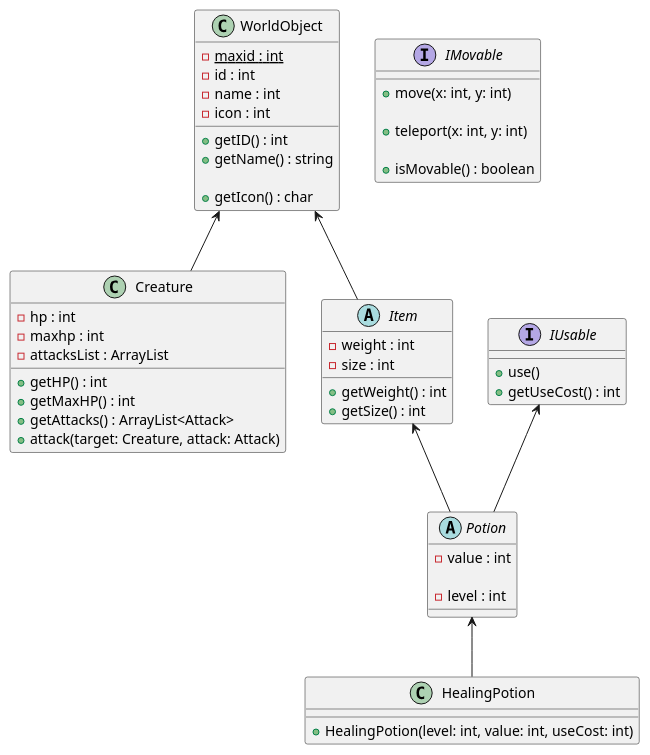
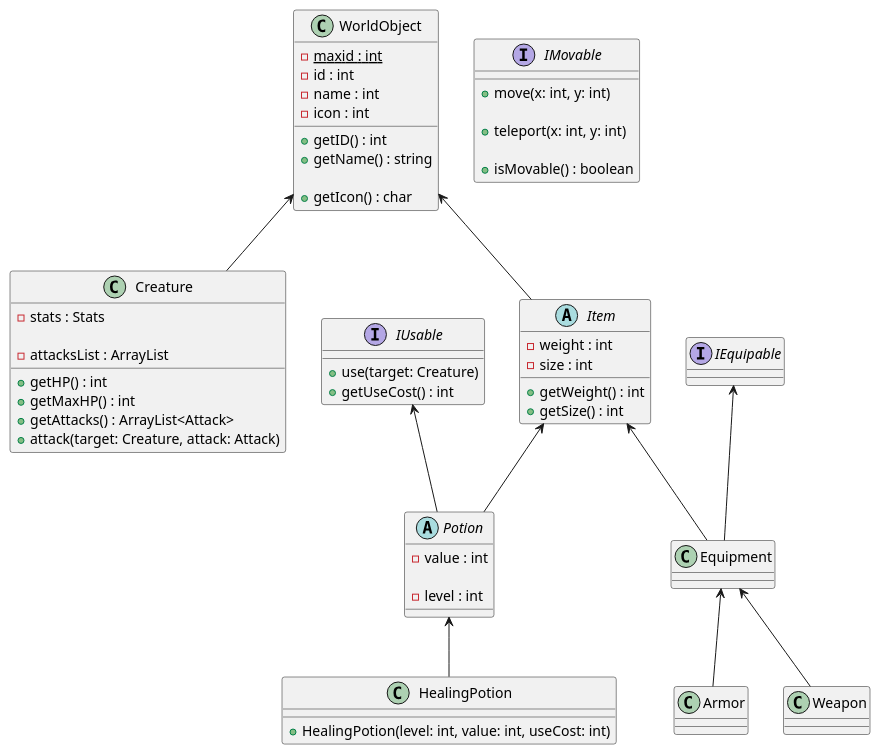
One commit to h2kb/jRPG changed the diagram in UML_WorldObjects.puml. Above: the diagram before and after it, drawn with PlantUML.

Commit message:
Описал дополнительные классы и интерфейсы Переделал параметры некоторых уже существующих

```diff
--- a/UML_WorldObjects.puml
+++ b/UML_WorldObjects.puml
@@ -1,73 +1,99 @@
 @startuml
 
 WorldObject <-- Creature
 WorldObject <-- Item
 
 Item <-- Potion
+Item <-- Equipment
+
 IUsable <-- Potion
 
 Potion <-- HealingPotion
+
+IEquipable <-- Equipment
+Equipment <-- Armor
+Equipment <-- Weapon
 
 class WorldObject {
     - {static} maxid : int
     - id : int
     - name : int
     - icon : int
 
     + getID() : int
     + getName() : string
 
     'Отображаемая иконка объекта на карте'
     + getIcon() : char
 }
 
 class Creature {
-    - hp : int
-    - maxhp : int
+    'Это удобнее, так как для доспехов и прочего можно прибавочные статы также хранить в классе Stats'
+    'и при надевании/использовании предмета просто прибавлять одно к другому'
+    - stats : Stats
+
     - attacksList : ArrayList
 
     + getHP() : int
     + getMaxHP() : int
     + getAttacks() : ArrayList<Attack>
     + attack(target: Creature, attack: Attack)
 }
 
 abstract class Item {
     - weight : int
     - size : int
 
     + getWeight() : int
     + getSize() : int
 }
 
 interface IUsable {
-    + use()
+    'Использовать предметы можно не только на себя, но и на других, если позволяет радиус'
+    + use(target: Creature)
     + getUseCost() : int
 }
 
 interface IMovable {
     'Переместить на определённое количество клеток по x и y'
     + move(x: int, y: int)
 
     'Переместить в определённую клетку'
     + teleport(x: int, y: int)
 
     'Может ли объект передвигаться в данный момент'
     + isMovable() : boolean
 }
 
+interface IEquipable {
+}
+
 abstract class Potion {
     'Базовая сила действия зелья'
     - value : int
 
     'Уровень зелья'
     - level : int
 }
 
 class HealingPotion {
     + HealingPotion(level: int, value: int, useCost: int)
 }
 
+'TODO:'
+class Equipment {
+
+}
+
+class Armor {
+
+}
+
+class Weapon {
+
+}
+'''
+
 'Нужен ли отдельный интерфейс для поднимаемых объектов?'
 
 @enduml
```
